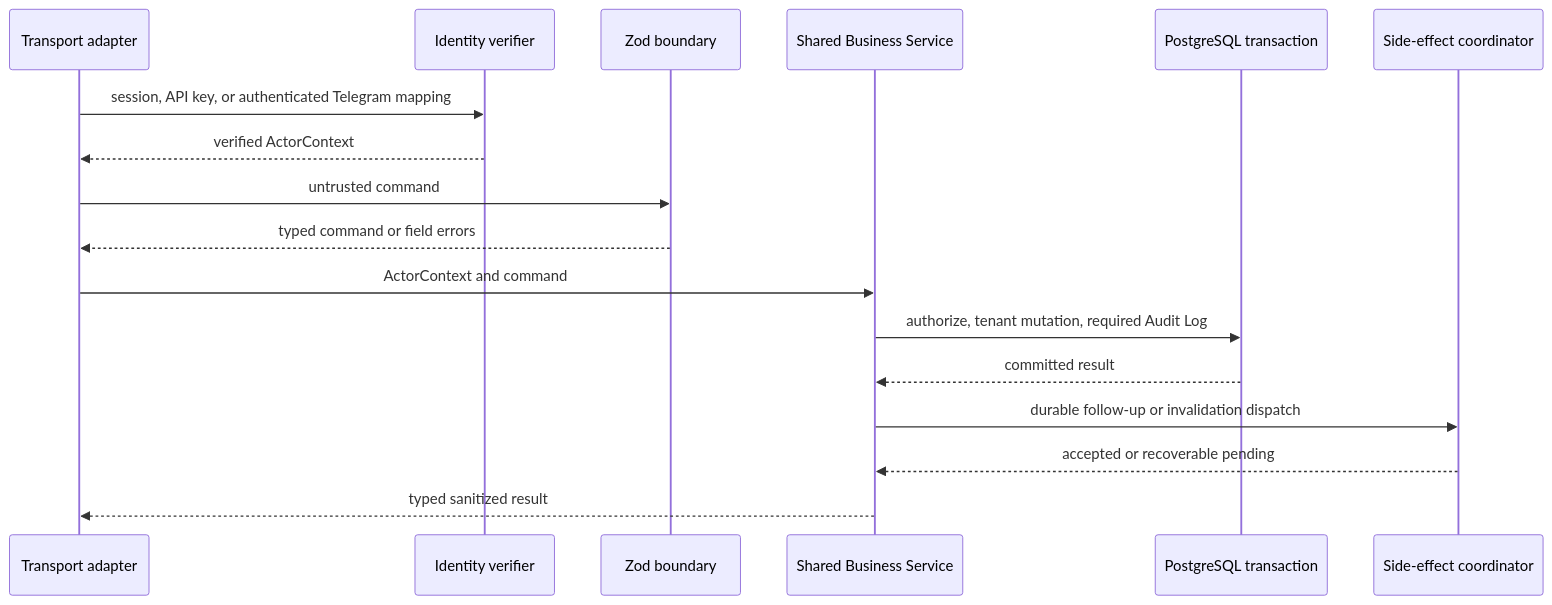
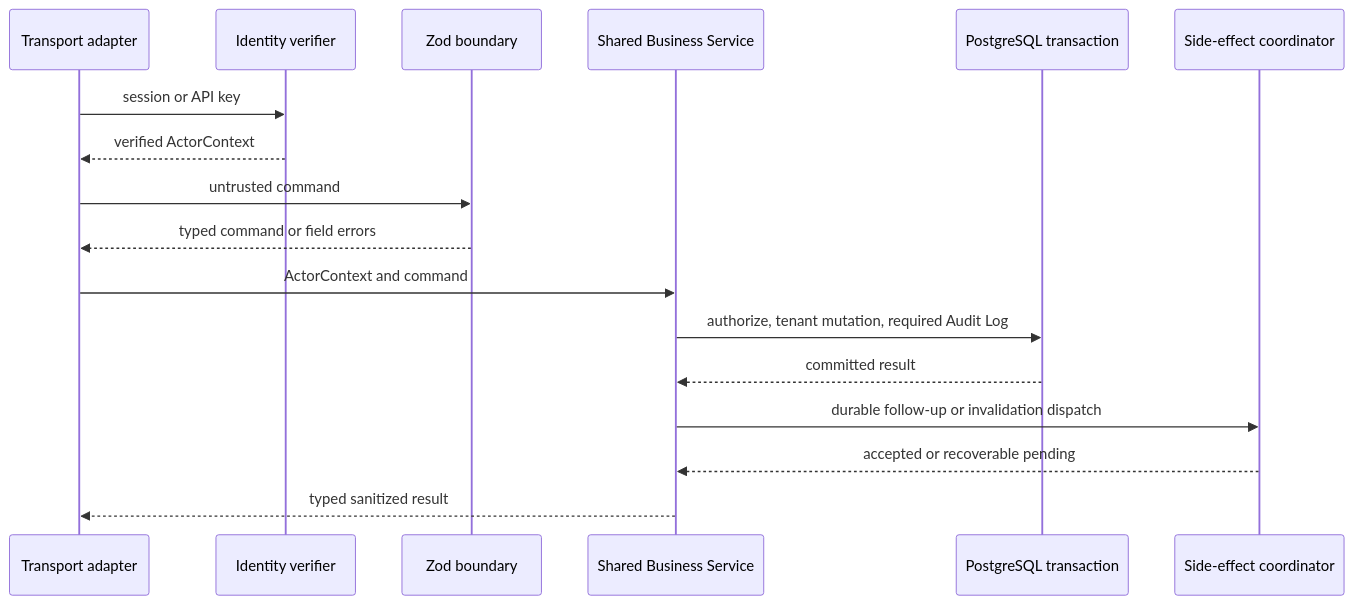
The second of 3 diagrams in docs/architecture.md (idugeni/indicate), drawn with Mermaid before and after one commit. The commit also changed other lines of this file and 109 other files, not shown here.

````diff
--- a/docs/architecture.md
+++ b/docs/architecture.md
@@ -224,20 +221,20 @@
 ```mermaid
 sequenceDiagram
     participant A as Transport adapter
     participant I as Identity verifier
     participant Z as Zod boundary
     participant S as Shared Business Service
     participant D as PostgreSQL transaction
     participant C as Side-effect coordinator
 
-    A->>I: session, API key, or authenticated Telegram mapping
+    A->>I: session or API key
     I-->>A: verified ActorContext
     A->>Z: untrusted command
     Z-->>A: typed command or field errors
     A->>S: ActorContext and command
     S->>D: authorize, tenant mutation, required Audit Log
     D-->>S: committed result
     S->>C: durable follow-up or invalidation dispatch
     C-->>S: accepted or recoverable pending
     S-->>A: typed sanitized result
 ```
````
